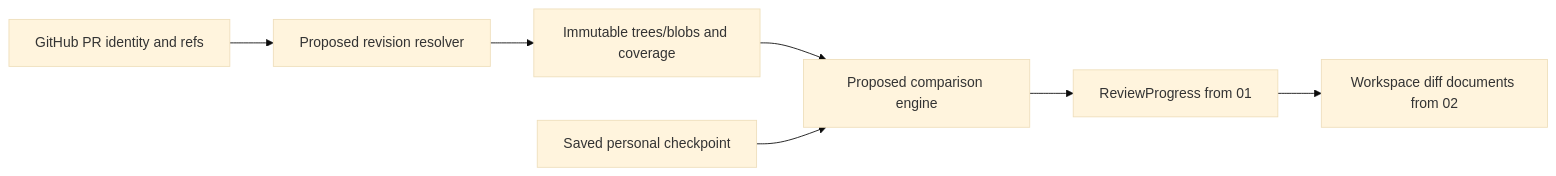
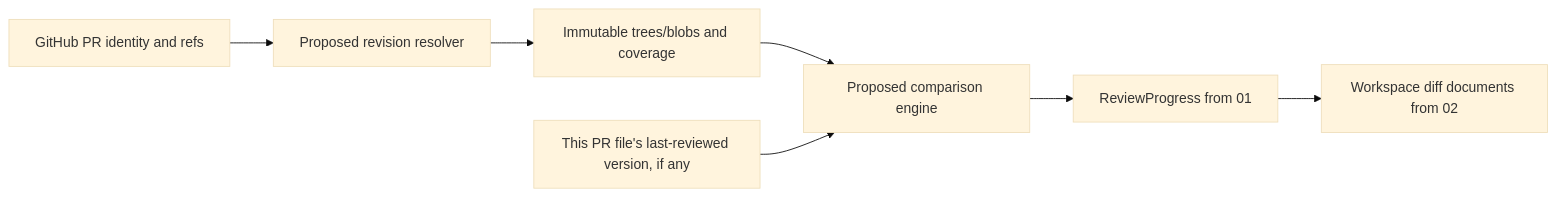
Before and after one commit to kyleve/Stuff: the diagram in Plans/2026-11-14-mobius/03-github-and-revision-comparison.md, drawn with Mermaid (base theme). The commit also changed other lines of this file and 7 other files, not shown here.

````diff
--- a/Plans/2026-11-14-mobius/03-github-and-revision-comparison.md
+++ b/Plans/2026-11-14-mobius/03-github-and-revision-comparison.md
@@ -30,9 +30,9 @@
 ```mermaid
 flowchart LR
     PR["GitHub PR identity and refs"] --> Resolve["Proposed revision resolver"]
     Resolve --> Snapshot["Immutable trees/blobs and coverage"]
     Snapshot --> Diff["Proposed comparison engine"]
-    Checkpoint["Saved personal checkpoint"] --> Diff
+    Baseline["This PR file's last-reviewed version, if any"] --> Diff
     Diff --> Progress["ReviewProgress from 01"]
     Progress --> UI["Workspace diff documents from 02"]
 ```
````
